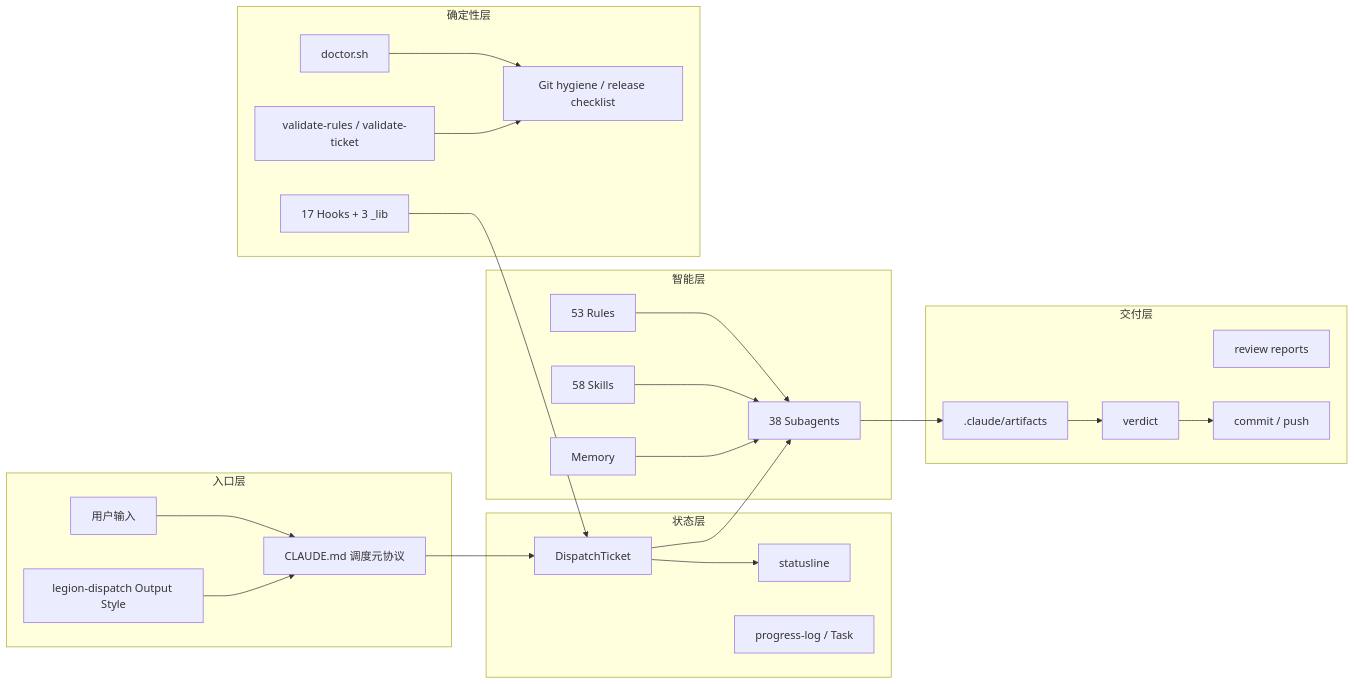
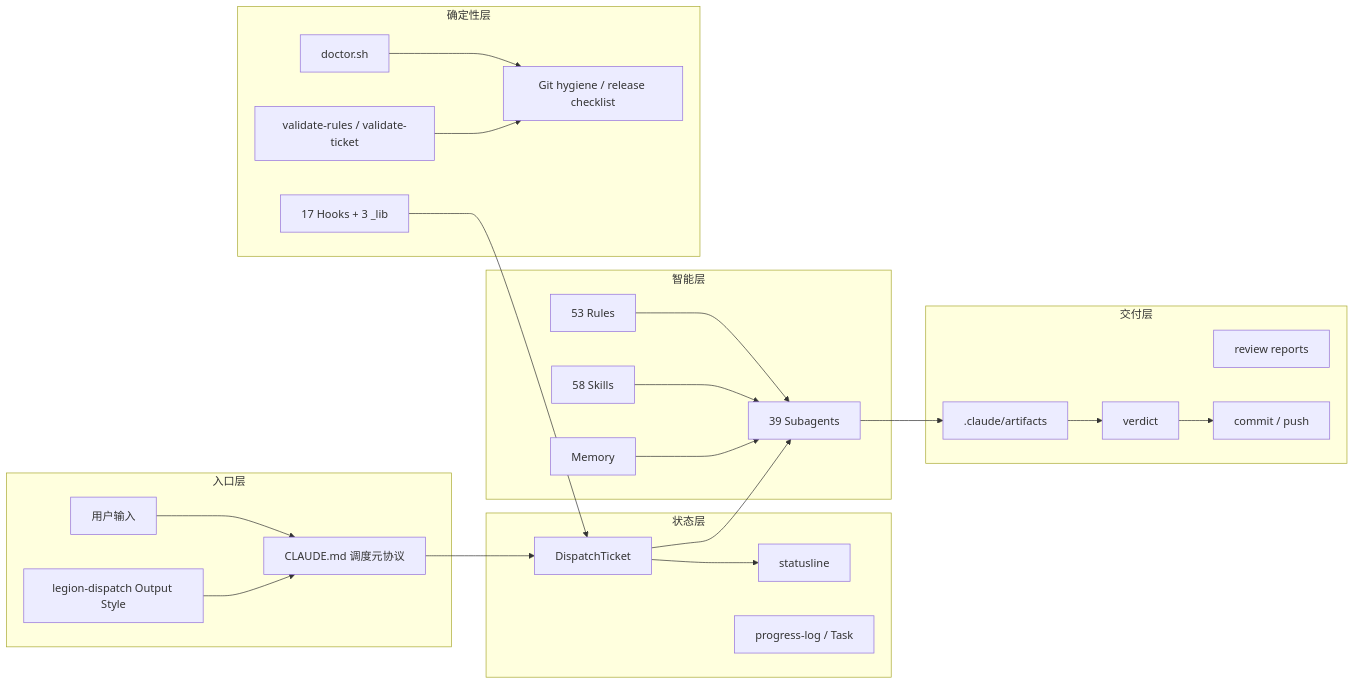
One commit to Xuuuuu04/best-claude-code changed the second of 7 diagrams in README.md. Above: the diagram before and after it, drawn with Mermaid. The commit also changed other lines of this file and 49 other files, not shown here.

````diff
--- a/README.md
+++ b/README.md
@@ -161,46 +162,46 @@
 ```mermaid
 flowchart LR
     subgraph L0[入口层]
       USER[用户输入]
       CLAUDE[CLAUDE.md 调度元协议]
       STYLE[legion-dispatch Output Style]
     end
 
     subgraph L1[状态层]
       TICKET[DispatchTicket]
       STATUS[statusline]
       LOG[progress-log / Task]
     end
 
     subgraph L2[智能层]
-      AGENTS[38 Subagents]
+      AGENTS[39 Subagents]
       SKILLS[58 Skills]
       RULES[53 Rules]
       MEMORY[Memory]
     end
 
     subgraph L3[确定性层]
       HOOKS[17 Hooks + 3 _lib]
       DOCTOR[doctor.sh]
       VALIDATE[validate-rules / validate-ticket]
       GIT[Git hygiene / release checklist]
     end
 
     subgraph L4[交付层]
       ARTIFACTS[.claude/artifacts]
       REVIEW[review reports]
       VERDICT[verdict]
       PUSH[commit / push]
     end
 
     USER --> CLAUDE --> TICKET --> AGENTS --> ARTIFACTS --> VERDICT
     STYLE --> CLAUDE
     RULES --> AGENTS
     SKILLS --> AGENTS
     MEMORY --> AGENTS
     HOOKS --> TICKET
     TICKET --> STATUS
     DOCTOR --> GIT
     VALIDATE --> GIT
     VERDICT --> PUSH
 ```
````
